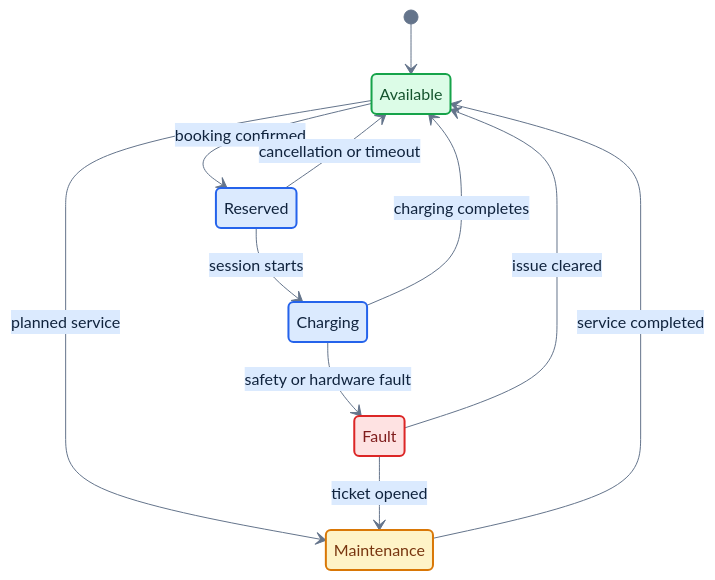
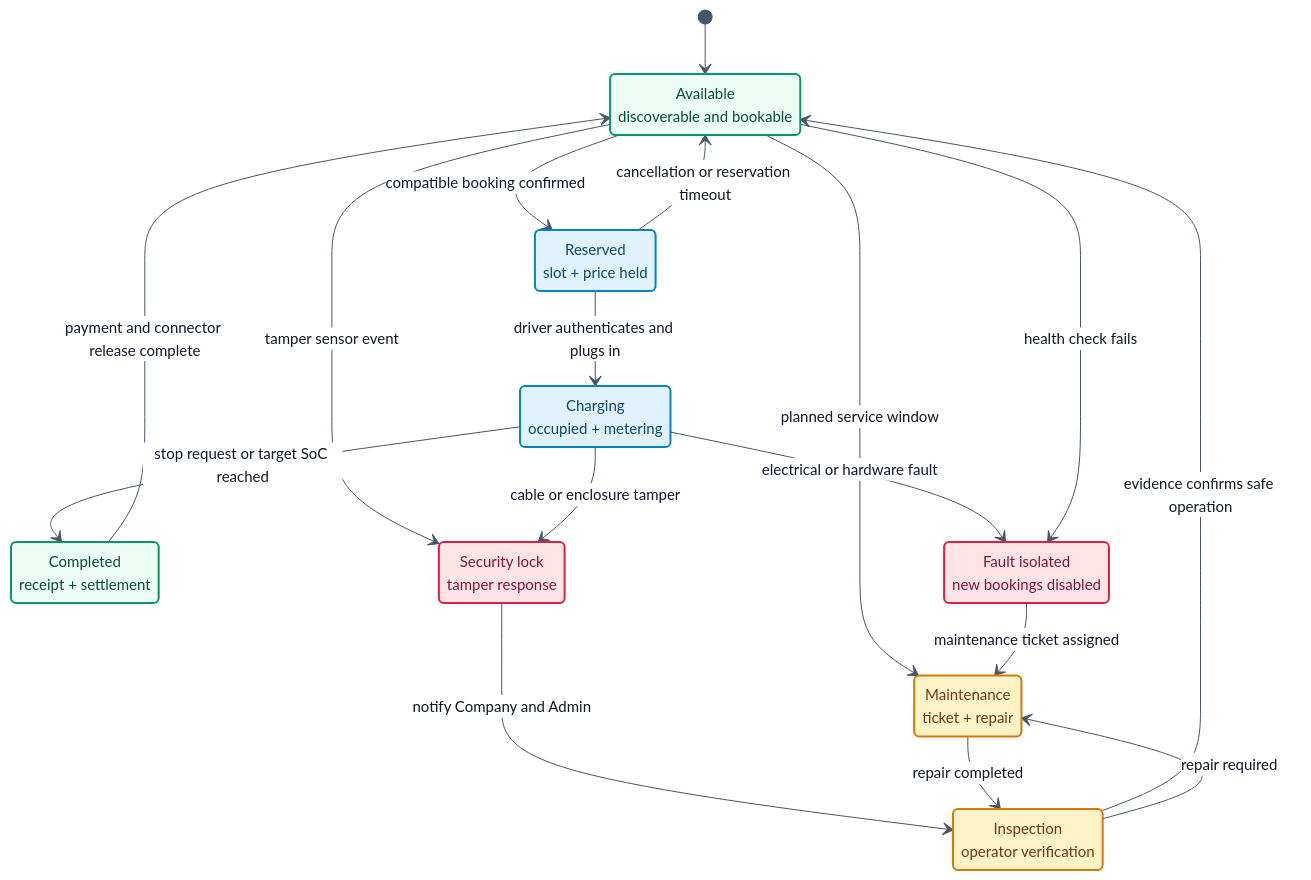
One commit to cs1m2414238/vidyutEV-1.0 changed the sixth of 10 diagrams in README.md. Above: the diagram before and after it, drawn with Mermaid. The commit also changed other lines of this file, not shown here.

````diff
--- a/README.md
+++ b/README.md
@@ -218,23 +364,38 @@
 ```mermaid
-%%{init: {"theme":"base","themeVariables":{"primaryColor":"#dcfce7","primaryTextColor":"#10233d","primaryBorderColor":"#16a34a","lineColor":"#64748b","secondaryColor":"#dbeafe","tertiaryColor":"#fef3c7"}}}%%
+%%{init: {"theme":"base","themeVariables":{"background":"#ffffff","fontFamily":"Inter, ui-sans-serif, system-ui, sans-serif","fontSize":"15px","primaryColor":"#ecfdf5","primaryTextColor":"#0f172a","primaryBorderColor":"#059669","lineColor":"#475569","secondaryColor":"#e0f2fe","tertiaryColor":"#f5f3ff","clusterBkg":"#f8fafc","clusterBorder":"#cbd5e1","edgeLabelBackground":"#ffffff"}}}%%
 stateDiagram-v2
+    state "Available<br/>discoverable and bookable" as Available
+    state "Reserved<br/>slot + price held" as Reserved
+    state "Charging<br/>occupied + metering" as Charging
+    state "Completed<br/>receipt + settlement" as Completed
+    state "Fault isolated<br/>new bookings disabled" as Isolated
+    state "Security lock<br/>tamper response" as SecurityLock
+    state "Inspection<br/>operator verification" as Inspection
+    state "Maintenance<br/>ticket + repair" as Maintenance
+
     [*] --> Available
-    Available --> Reserved: booking confirmed
-    Reserved --> Charging: session starts
-    Reserved --> Available: cancellation or timeout
-    Charging --> Available: charging completes
-    Available --> Maintenance: planned service
-    Charging --> Fault: safety or hardware fault
-    Fault --> Maintenance: ticket opened
-    Fault --> Available: issue cleared
-    Maintenance --> Available: service completed
+    Available --> Reserved: compatible booking confirmed
+    Reserved --> Charging: driver authenticates and plugs in
+    Reserved --> Available: cancellation or reservation timeout
+    Charging --> Completed: stop request or target SoC reached
+    Completed --> Available: payment and connector release complete
+    Available --> Maintenance: planned service window
+    Charging --> Isolated: electrical or hardware fault
+    Available --> Isolated: health check fails
+    Available --> SecurityLock: tamper sensor event
+    Charging --> SecurityLock: cable or enclosure tamper
+    SecurityLock --> Inspection: notify Company and Admin
+    Inspection --> Available: evidence confirms safe operation
+    Inspection --> Maintenance: repair required
+    Isolated --> Maintenance: maintenance ticket assigned
+    Maintenance --> Inspection: repair completed
 
-    classDef healthy fill:#dcfce7,stroke:#16a34a,color:#14532d,stroke-width:2px
-    classDef active fill:#dbeafe,stroke:#2563eb,color:#10233d,stroke-width:2px
+    classDef healthy fill:#ecfdf5,stroke:#059669,color:#064e3b,stroke-width:2px
+    classDef active fill:#e0f2fe,stroke:#0284c7,color:#0c4a6e,stroke-width:2px
     classDef caution fill:#fef3c7,stroke:#d97706,color:#78350f,stroke-width:2px
-    classDef danger fill:#fee2e2,stroke:#dc2626,color:#7f1d1d,stroke-width:2px
-    class Available healthy
+    classDef danger fill:#ffe4e6,stroke:#e11d48,color:#881337,stroke-width:2px
+    class Available,Completed healthy
     class Reserved,Charging active
-    class Maintenance caution
-    class Fault danger
+    class Inspection,Maintenance caution
+    class Isolated,SecurityLock danger
 ```
````
